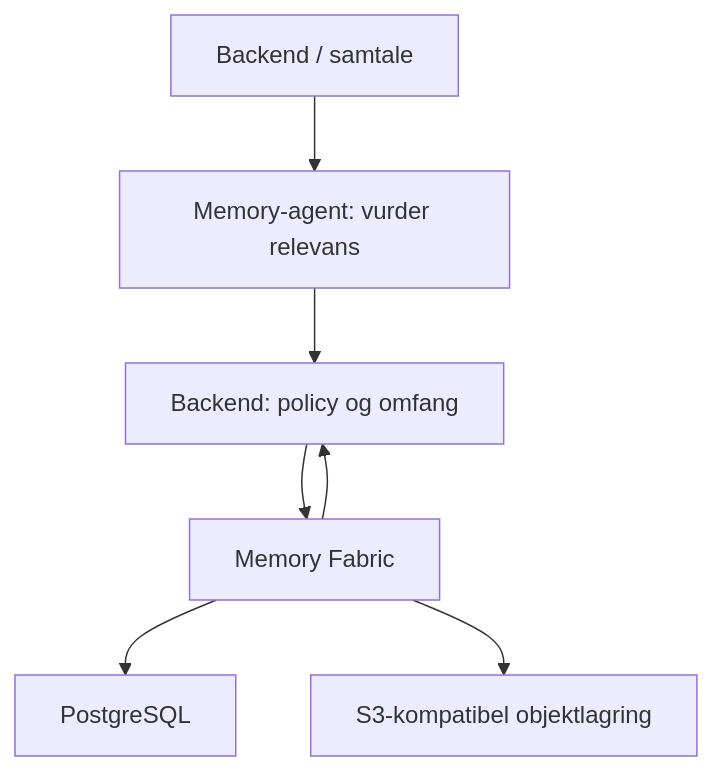
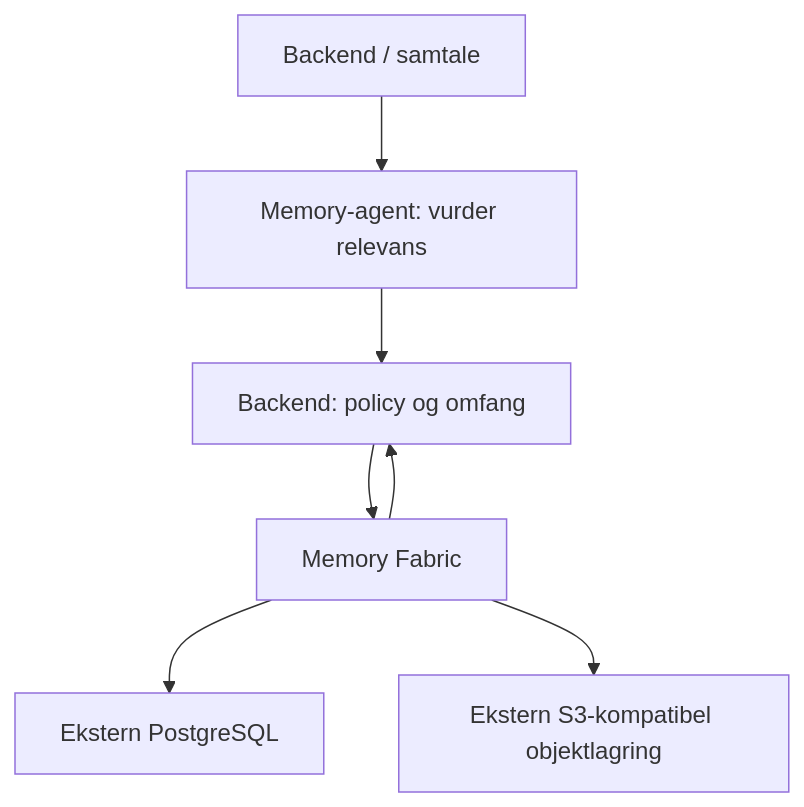
The diagram in docs/utviklere/memory.mdx (IvarRosenbergHVL/hvl-ki-documentation), drawn with Mermaid before and after one commit. The commit also changed other lines of this file and 8 other files, not shown here.

Commit message:
Define PostgreSQL and external S3 storage as platform-wide architecture requirements

````diff
--- a/docs/utviklere/memory.mdx
+++ b/docs/utviklere/memory.mdx
@@ -17,9 +17,9 @@
 ```mermaid
 flowchart TD
  A[Backend / samtale] --> E[Memory-agent: vurder relevans]
  E --> B[Backend: policy og omfang]
  B --> F[Memory Fabric]
- F --> P[PostgreSQL]
- F --> S[S3-kompatibel objektlagring]
+ F --> P[Ekstern PostgreSQL]
+ F --> S[Ekstern S3-kompatibel objektlagring]
  F --> B
 ```
````
